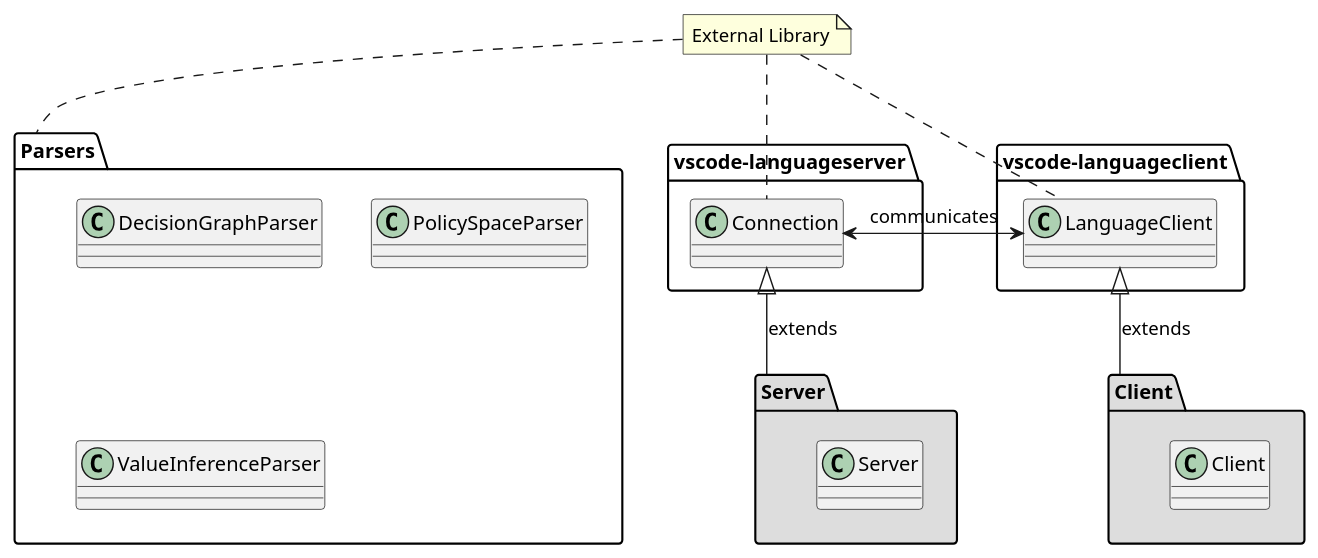
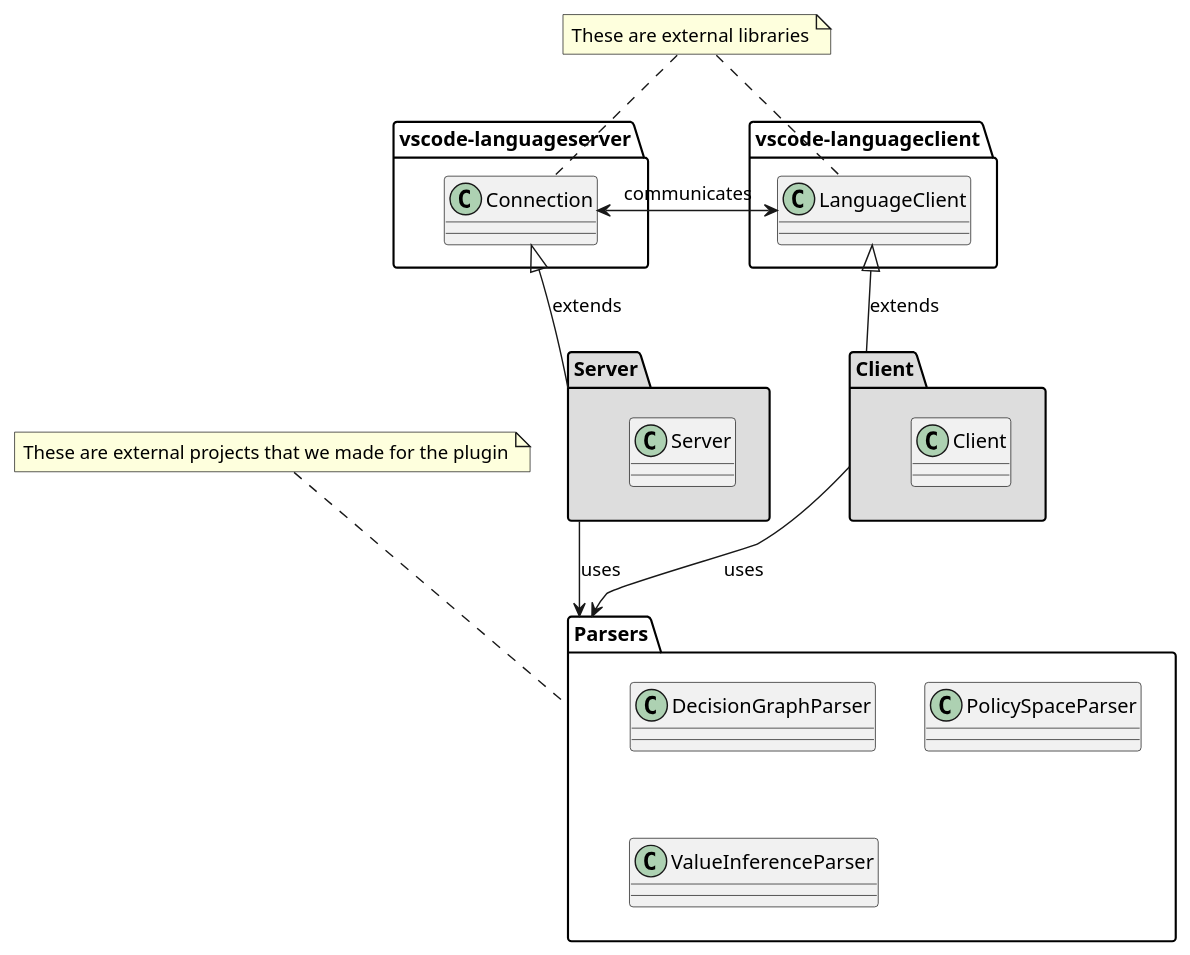
One commit to wolfj123/PolicyModelsPlugin changed the diagram in diagrams/PluginClassDiagram.puml. Above: the diagram before and after it, drawn with PlantUML.

Commit message:
updated the plugin model as requested by michael

```diff
--- a/diagrams/PluginClassDiagram.puml
+++ b/diagrams/PluginClassDiagram.puml
@@ -1,43 +1,47 @@
 @startuml
 
 package vscode-languageclient  {
 	class LanguageClient
 }
 
 package vscode-languageserver  {
 	class Connection {
 
 	}
 }
 
 package Server #DDDDDD {
 
 	class Server {
 	}
 }
 
 
-note "External Library" as n_ext
+note "These are external libraries" as n_ext
 n_ext .. Connection
 n_ext .. LanguageClient
-n_ext .. Parsers
+
+note "These are external projects that we made for the plugin" as n_ext2
+n_ext2 .. Parsers
 
 package Client #DDDDDD {
     class Client {
     }
 }
 
 package Parsers {
     class DecisionGraphParser
     class PolicySpaceParser
     class ValueInferenceParser
 }
 
 
 LanguageClient <-left-> Connection : communicates
 Client -up-|> LanguageClient : extends
 Server -up-|> Connection : extends
 
+Client -down-> Parsers : uses
+Server -down-> Parsers : uses
 
 
 @enduml
```
